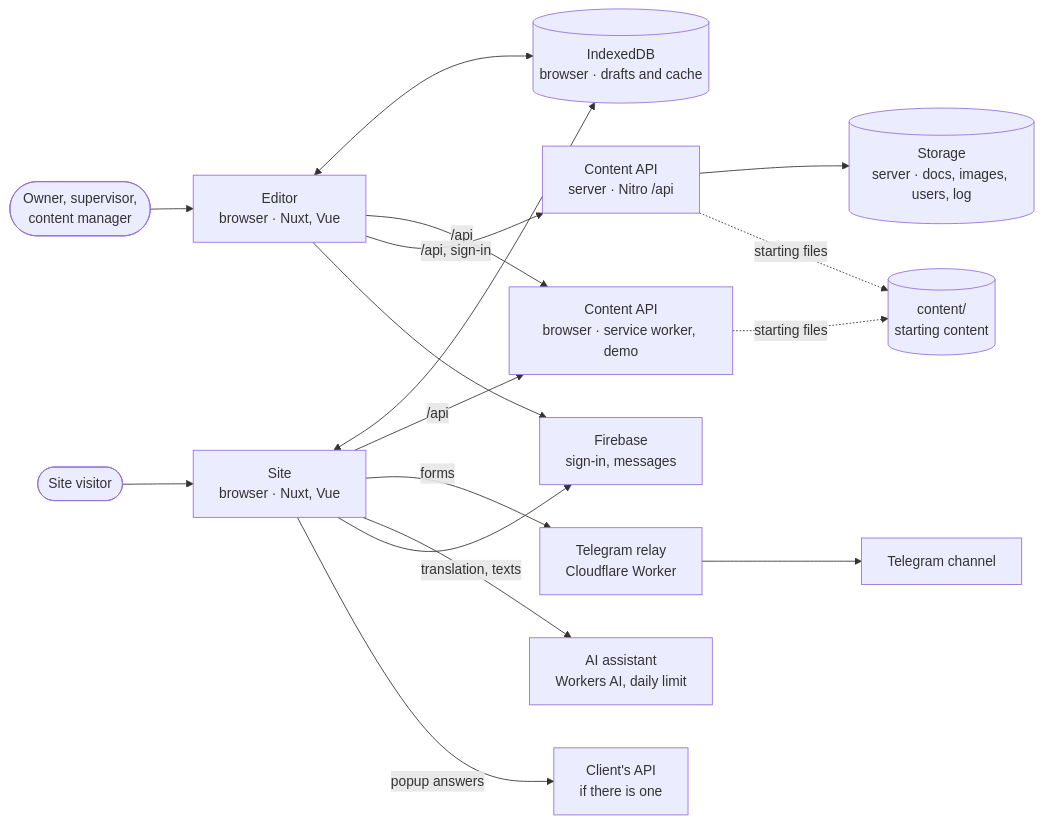
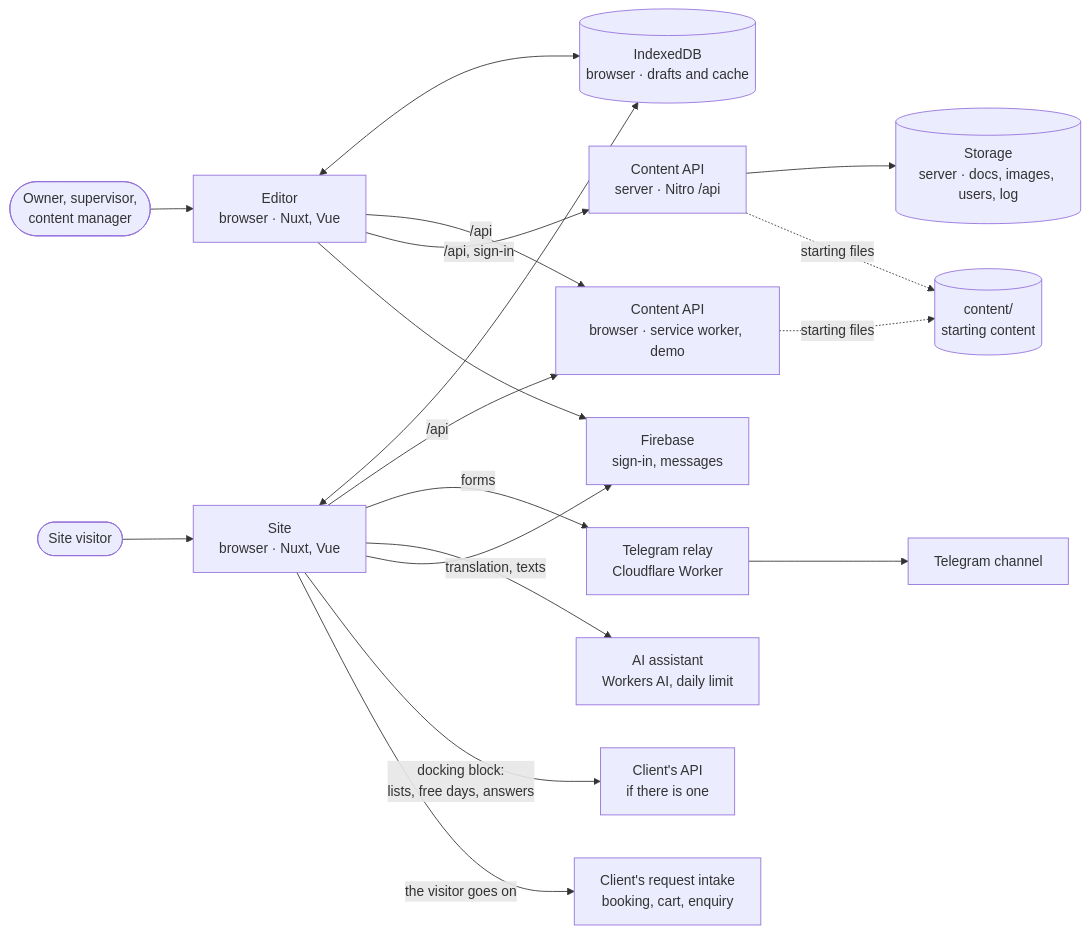
Before and after one commit to garevna/sve-studio: the diagram in docs/architecture/containers.en.mmd, drawn with Mermaid. The commit also changed 67 other files, not shown here.

First line of the commit message:
Docking block: @sve/dock, «Підключення API», hotel search, hosted demo client

```diff
--- a/docs/architecture/containers.en.mmd
+++ b/docs/architecture/containers.en.mmd
@@ -1,35 +1,37 @@
 flowchart LR
   owner(["Owner, supervisor,<br/>content manager"])
   visitor(["Site visitor"])
 
   editor["Editor<br/>browser · Nuxt, Vue"]
   site["Site<br/>browser · Nuxt, Vue"]
 
   dbw[("IndexedDB<br/>browser · drafts and cache")]
   sw["Content API<br/>browser · service worker, demo"]
   nitro["Content API<br/>server · Nitro /api"]
 
   store[("Storage<br/>server · docs, images, users, log")]
   seed[("content/<br/>starting content")]
 
   relay["Telegram relay<br/>Cloudflare Worker"]
   channel["Telegram channel"]
   ai["AI assistant<br/>Workers AI, daily limit"]
   fb["Firebase<br/>sign-in, messages"]
   client["Client's API<br/>if there is one"]
 
   owner --> editor
   visitor --> site
   editor <--> dbw
   site <--> dbw
   editor -- "/api" --> sw
   editor -- "/api, sign-in" --> nitro
   site -- "/api" --> sw
   sw -. "starting files" .-> seed
   nitro --> store
   nitro -. "starting files" .-> seed
   site -- "forms" --> relay --> channel
   site -- "translation, texts" --> ai
   site --> fb
   editor --> fb
-  site -- "popup answers" --> client
+  engine["Client's request intake<br/>booking, cart, enquiry"]
+  site -- "docking block:<br/>lists, free days, answers" --> client
+  site -- "the visitor goes on" --> engine
```
